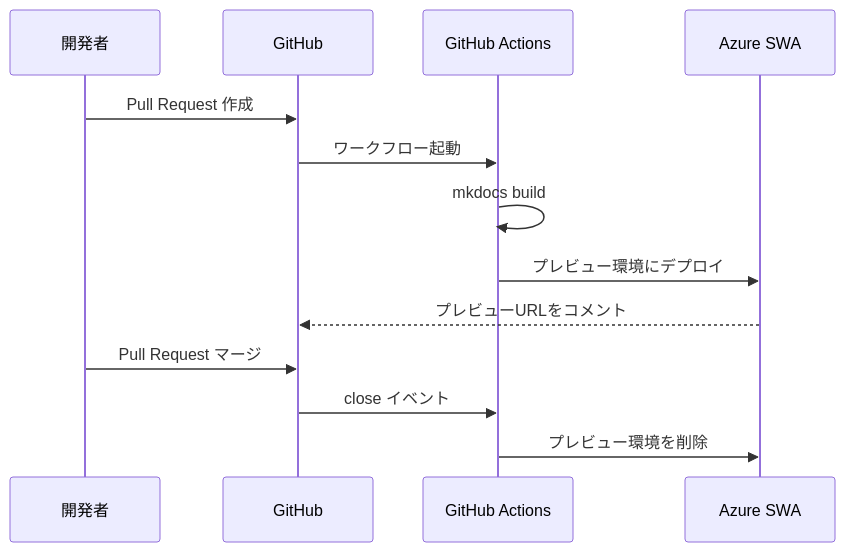
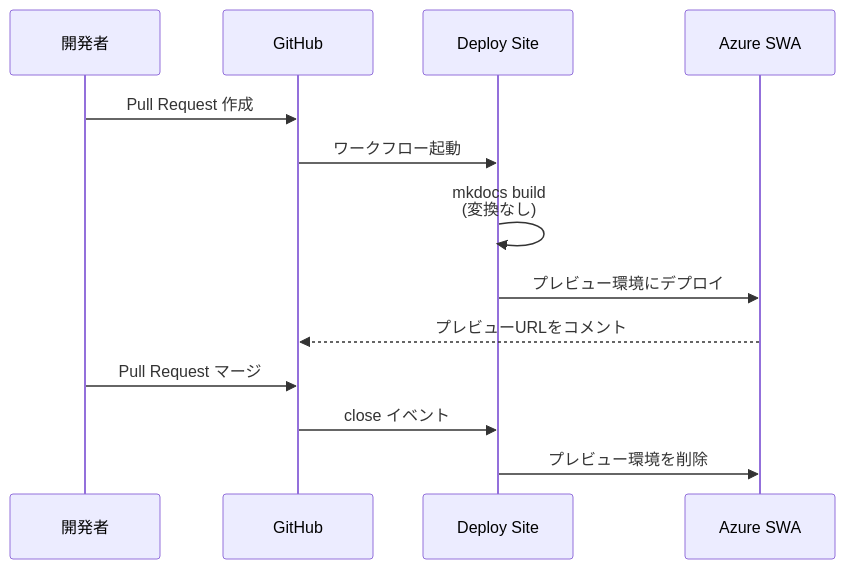
Before and after one commit to ssd-mkdocs-platform/ssd-mkdocs-sample: the third of 6 diagrams in docs/アーキテクチャー/deploy-architecture.md, drawn with Mermaid. The commit also changed other lines of this file and 6 other files, not shown here.

````diff
--- a/docs/アーキテクチャー/deploy-architecture.md
+++ b/docs/アーキテクチャー/deploy-architecture.md
@@ -130,18 +132,18 @@
 ```mermaid
 sequenceDiagram
     participant Dev as 開発者
     participant GH as GitHub
-    participant Actions as GitHub Actions
+    participant Actions as Deploy Site
     participant SWA as Azure SWA
 
     Dev->>GH: Pull Request 作成
     GH->>Actions: ワークフロー起動
 
-    Actions->>Actions: mkdocs build
+    Actions->>Actions: mkdocs build<br/>(変換なし)
     Actions->>SWA: プレビュー環境にデプロイ
     SWA-->>GH: プレビューURLをコメント
 
     Dev->>GH: Pull Request マージ
     GH->>Actions: close イベント
     Actions->>SWA: プレビュー環境を削除
 ```
````
